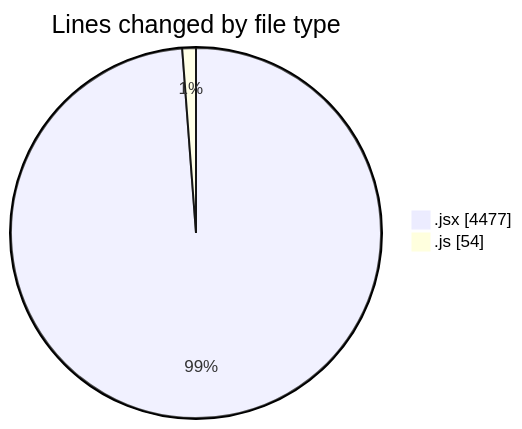
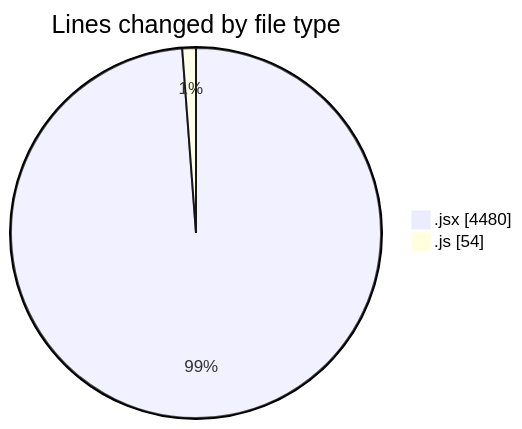
One commit to nxtqubesakshisongat/code-tracking changed the first of 2 diagrams in 2025-06-25/nxtqube_webapp/README.md. Above: the diagram before and after it, drawn with Mermaid. The commit also changed other lines of this file and 1 other file, not shown here.

````diff
--- a/2025-06-25/nxtqube_webapp/README.md
+++ b/2025-06-25/nxtqube_webapp/README.md
@@ -24,6 +24,6 @@
 ```mermaid
 pie showData
 title Lines changed by file type
-".jsx" : 4477
+".jsx" : 4480
 ".js" : 54
 ```
````
